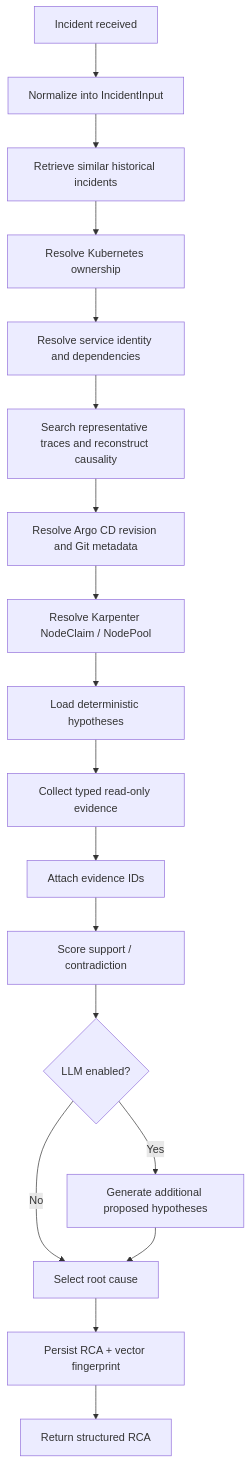
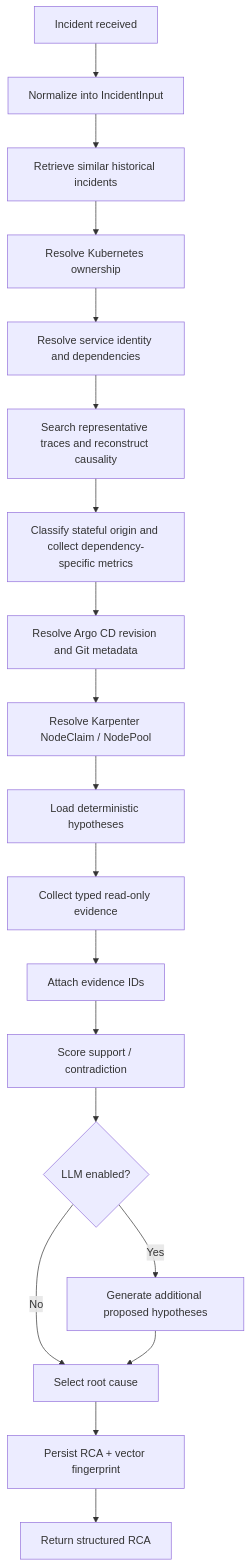
Before and after one commit to marcocristofolini/ai-sre-rca: the second of 12 diagrams in docs/architecture.md, drawn with Mermaid. The commit also changed other lines of this file, not shown here.

Commit message:
docs: update architecture overview for v0.5

````diff
--- a/docs/architecture.md
+++ b/docs/architecture.md
@@ -45,20 +46,21 @@
 ```mermaid
 flowchart TD
     S[Incident received] --> N[Normalize into IncidentInput]
     N --> M[Retrieve similar historical incidents]
     M --> KO[Resolve Kubernetes ownership]
     KO --> SG[Resolve service identity and dependencies]
     SG --> TR[Search representative traces and reconstruct causality]
-    TR --> CH[Resolve Argo CD revision and Git metadata]
+    TR --> SD[Classify stateful origin and collect dependency-specific metrics]
+    SD --> CH[Resolve Argo CD revision and Git metadata]
     CH --> KP[Resolve Karpenter NodeClaim / NodePool]
     KP --> HP[Load deterministic hypotheses]
     HP --> CE[Collect typed read-only evidence]
     CE --> AE[Attach evidence IDs]
     AE --> SC[Score support / contradiction]
     SC --> LP{LLM enabled?}
     LP -->|Yes| LH[Generate additional proposed hypotheses]
     LP -->|No| RC[Select root cause]
     LH --> RC
     RC --> PS[Persist RCA + vector fingerprint]
     PS --> OUT[Return structured RCA]
 ```
````
